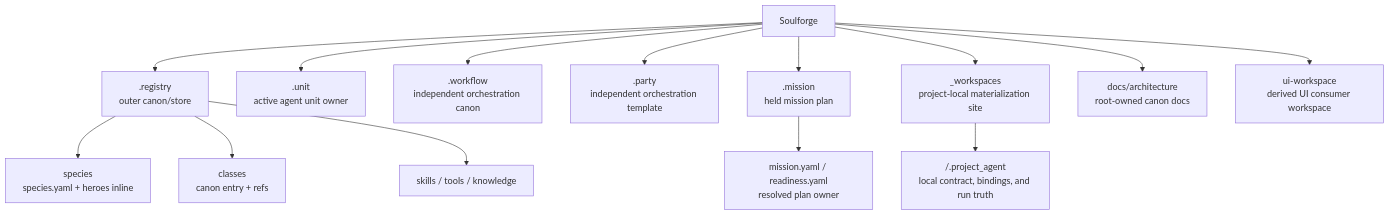
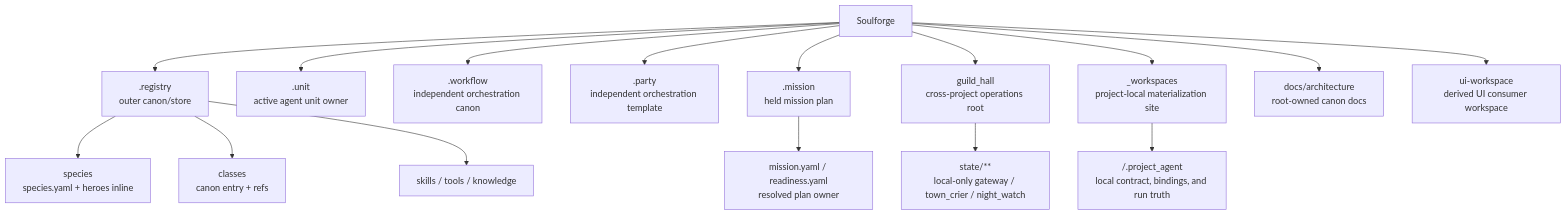
The diagram in README.md (SungYongMOON/soulforge), drawn with Mermaid before and after one commit. The commit also changed other lines of this file and 230 other files, not shown here.

Commit message:
feat: guild_hall state 구조 잠금과 이식성 정리

````diff
--- a/README.md
+++ b/README.md
@@ -18,16 +19,18 @@
 ```mermaid
 flowchart TD
   S["Soulforge"] --> R[".registry<br/>outer canon/store"]
   R --> RS["species<br/>species.yaml + heroes inline"]
   R --> RC["classes<br/>canon entry + refs"]
   R --> RK["skills / tools / knowledge"]
   S --> U[".unit<br/>active agent unit owner"]
   S --> W[".workflow<br/>independent orchestration canon"]
   S --> P[".party<br/>independent orchestration template"]
   S --> MI[".mission<br/>held mission plan"]
+  S --> GH["guild_hall<br/>cross-project operations root"]
   S --> M["_workspaces<br/>project-local materialization site"]
   S --> D["docs/architecture<br/>root-owned canon docs"]
   S --> UI["ui-workspace<br/>derived UI consumer workspace"]
   MI --> MP["mission.yaml / readiness.yaml<br/>resolved plan owner"]
+  GH --> GHS["state/**<br/>local-only gateway / town_crier / night_watch"]
   M --> PA["<project_code>/.project_agent<br/>local contract, bindings, and run truth"]
 ```
````
